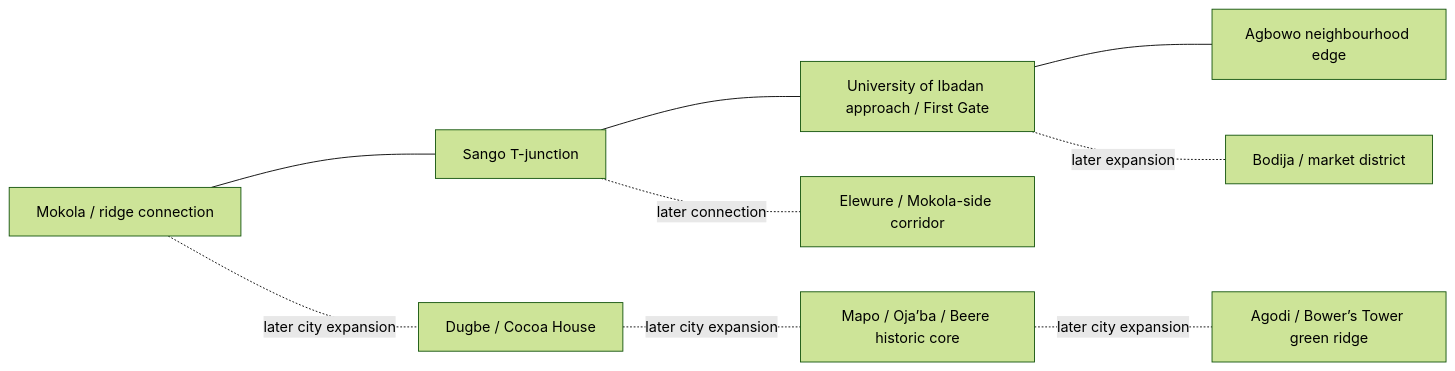
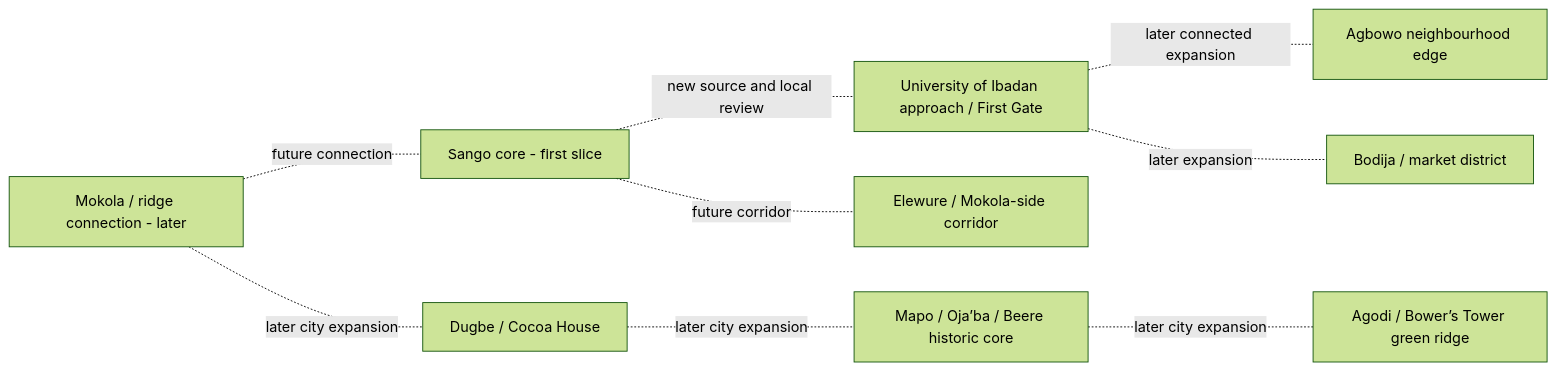
The diagram in docs/world/district-plan.md (macaulay-spec/Ibadan-life), drawn with Mermaid (forest theme) before and after one commit. The commit also changed other lines of this file and 18 other files, not shown here.

````diff
--- a/docs/world/district-plan.md
+++ b/docs/world/district-plan.md
@@ -35,11 +43,11 @@
 ```mermaid
 graph LR
-  Mokola[ Mokola / ridge connection ] --- Sango[Sango T-junction]
-  Sango --- UI[University of Ibadan approach / First Gate]
-  UI --- Agbowo[Agbowo neighbourhood edge]
-  Sango -. later connection .- Elewure[Elewure / Mokola-side corridor]
+  Mokola[Mokola / ridge connection - later] -. future connection .- Sango[Sango core - first slice]
+  Sango -. new source and local review .- UI[University of Ibadan approach / First Gate]
+  UI -. later connected expansion .- Agbowo[Agbowo neighbourhood edge]
+  Sango -. future corridor .- Elewure[Elewure / Mokola-side corridor]
   Mokola -. later city expansion .- Dugbe[Dugbe / Cocoa House]
   Dugbe -. later city expansion .- Mapo[Mapo / Oja’ba / Beere historic core]
   UI -. later expansion .- Bodija[Bodija / market district]
   Mapo -. later city expansion .- Agodi[Agodi / Bower’s Tower green ridge]
 ```
````
